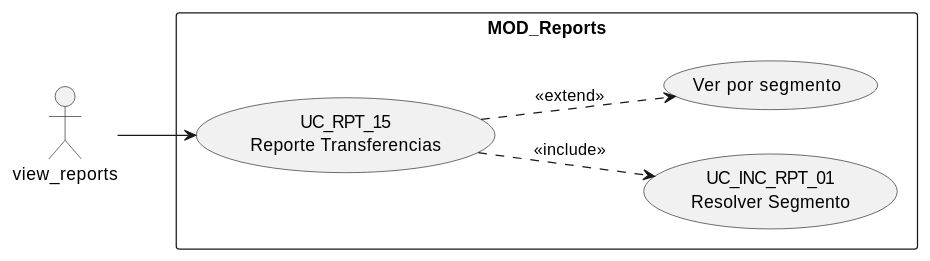
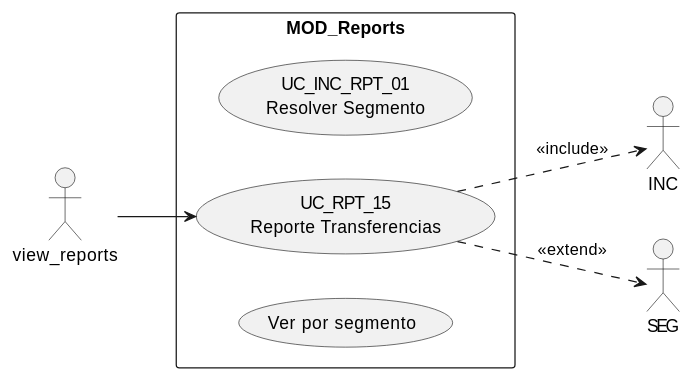
The diagram in source/requisitos/casos-uso/reports/uc-rpt-15/diagramas-uml/caso-de-uso.rst (jcg-admin/IACT-docs), drawn with PlantUML before and after one commit. The commit also changed 47 other files, not shown here.

First line of the commit message:
Fix cryptic PlantUML aliases in UC and architecture files (STD_011)

```diff
--- a/source/requisitos/casos-uso/reports/uc-rpt-15/diagramas-uml/caso-de-uso.rst
+++ b/source/requisitos/casos-uso/reports/uc-rpt-15/diagramas-uml/caso-de-uso.rst
@@ -4,14 +4,14 @@
 .. uml::
 
  @startuml
  left to right direction
  actor "view_reports" as view_reports
  rectangle "MOD_Reports" {
-   usecase "UC_INC_RPT_01\nResolver Segmento" as INC
+   usecase "UC_INC_RPT_01\nResolver Segmento" as IncludeUC
    usecase "UC_RPT_15\nReporte Transferencias" as UC15
-   usecase "Ver por segmento" as SEG
+   usecase "Ver por segmento" as SegmentoCodigo
  }
  view_reports --> UC15
  UC15 ..> INC : <<include>>
  UC15 ..> SEG : <<extend>>
  @enduml
```
